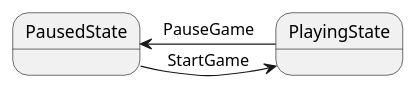
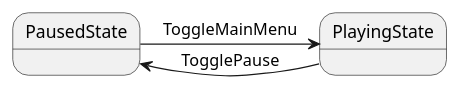
One commit to Blueberry-Jam-Studios/AimForTheAbyss changed the diagram in Diagrams/game_state_machine.plantuml. Above: the diagram before and after it, drawn with PlantUML. The commit also changed 16 other files, not shown here.

Commit message:
transitions between main menu scene and building scene, and pause menu

```diff
--- a/Diagrams/game_state_machine.plantuml
+++ b/Diagrams/game_state_machine.plantuml
@@ -1,9 +1,9 @@
 @startuml game_state_machine
 
 state PausedState  
 state PlayingState
 
-PausedState -> PlayingState : StartGame
-PlayingState -> PausedState : PauseGame
+PausedState -> PlayingState : ToggleMainMenu
+PlayingState -> PausedState : TogglePause
 
 @enduml
```
